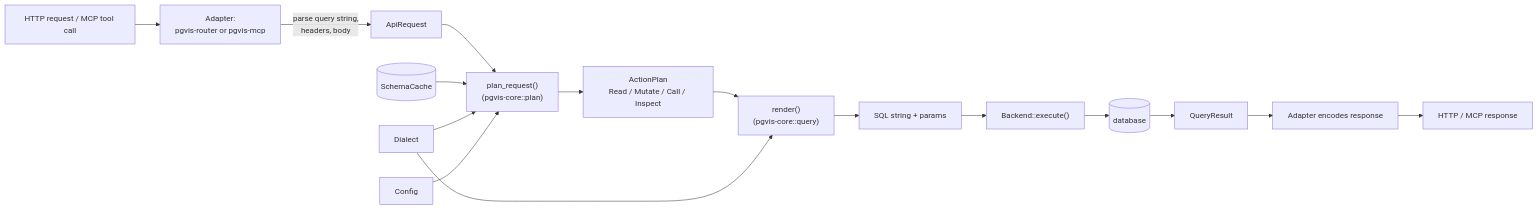
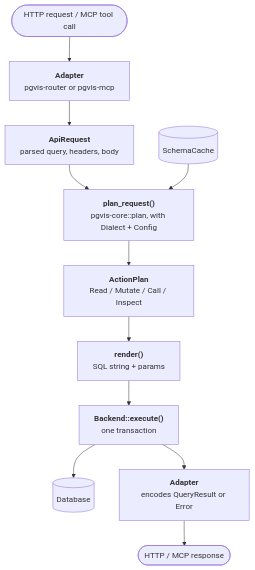
Before and after one commit to pgvis/pgvis: the diagram in arch/01-overview.md, drawn with Mermaid. The commit also changed other lines of this file and 29 other files, not shown here.

````diff
--- a/arch/01-overview.md
+++ b/arch/01-overview.md
@@ -52,18 +58,18 @@
 ```mermaid
-flowchart LR
-    REQ[HTTP request / MCP tool call] --> ADP[Adapter:<br/>pgvis-router or pgvis-mcp]
-    ADP -->|parse query string,<br/>headers, body| AR[ApiRequest]
-    AR --> PR["plan_request()<br/>(pgvis-core::plan)"]
-    SC[(SchemaCache)] --> PR
-    DL[Dialect] --> PR
-    CFG[Config] --> PR
-    PR --> AP[ActionPlan<br/>Read / Mutate / Call / Inspect]
-    AP --> RND["render()<br/>(pgvis-core::query)"]
-    DL --> RND
-    RND --> SQLP[SQL string + params]
-    SQLP --> BE["Backend::execute()"]
-    BE --> DB[(database)]
-    DB --> QR[QueryResult]
-    QR --> ADP2[Adapter encodes response]
-    ADP2 --> RESP[HTTP / MCP response]
+flowchart TB
+    req(["HTTP request / MCP tool call"])
+    adp["<b>Adapter</b><br/>pgvis-router or pgvis-mcp"]
+    ar["<b>ApiRequest</b><br/>parsed query, headers, body"]
+    plan["<b>plan_request()</b><br/>pgvis-core::plan, with Dialect + Config"]
+    sc[("SchemaCache")]
+    ap["<b>ActionPlan</b><br/>Read / Mutate / Call / Inspect"]
+    rnd["<b>render()</b><br/>SQL string + params"]
+    be["<b>Backend::execute()</b><br/>one transaction"]
+    db[("Database")]
+    enc["<b>Adapter</b><br/>encodes QueryResult or Error"]
+    resp(["HTTP / MCP response"])
+
+    req --> adp --> ar --> plan --> ap --> rnd --> be --> db
+    sc --> plan
+    be --> enc --> resp
 ```
````
